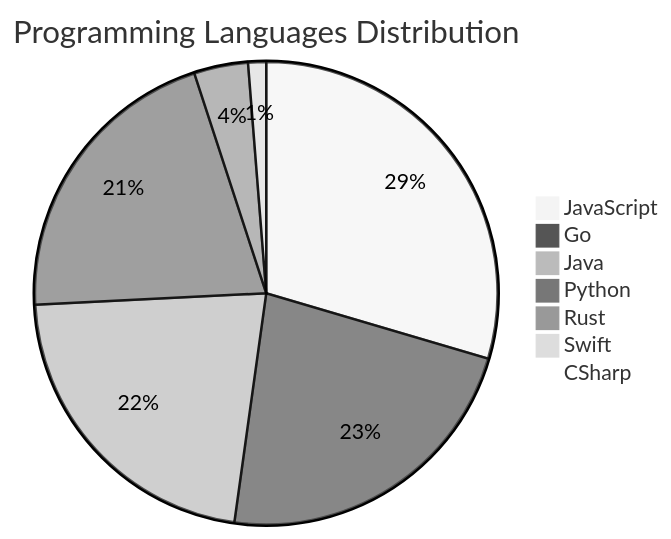
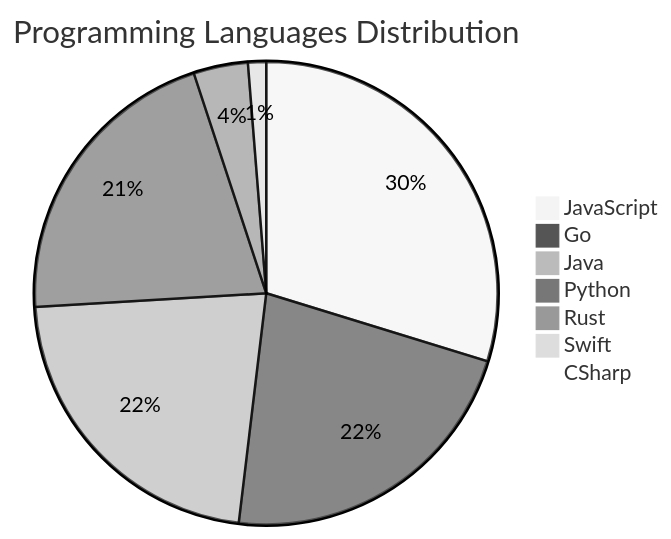
The diagram in README.md (Derrick-MUGISHA/github-activity-bot), drawn with Mermaid (neutral theme) before and after one commit. The commit also changed other lines of this file and 4 other files, not shown here.

````diff
--- a/README.md
+++ b/README.md
@@ -207,10 +207,10 @@
 ```mermaid
 pie title Programming Languages Distribution
     "JavaScript" : 47
-    "Go" : 36
+    "Go" : 35
     "Java" : 35
     "Python" : 33
     "Rust" : 6
     "Swift" : 2
     "CSharp" : 1
 ```
````
